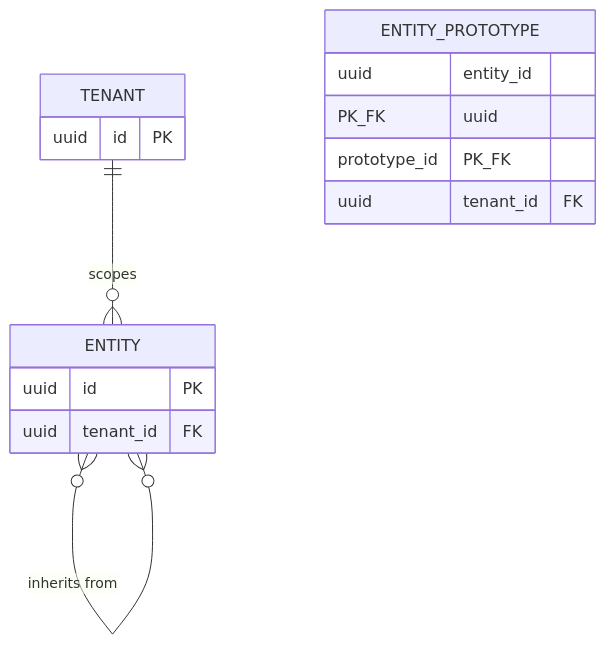
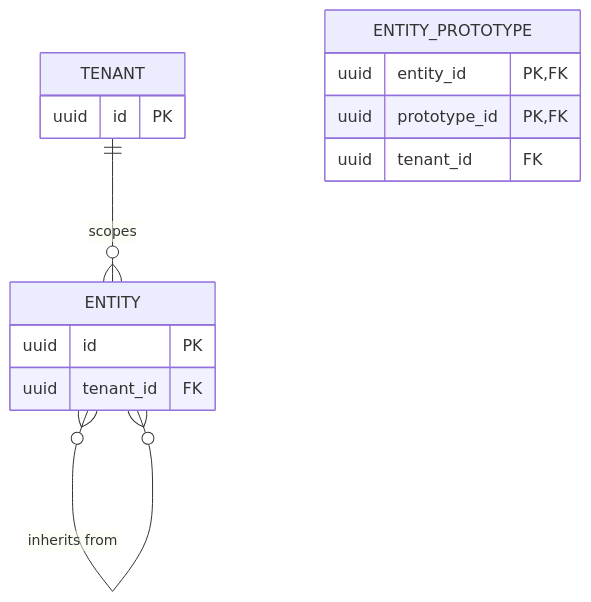
One commit to ramsesoriginal/lorenzo changed the diagram in docs/architecture/diagrams/entity-prototype-er.md. Above: the diagram before and after it, drawn with Mermaid. The commit also changed 9 other files, not shown here.

````diff
--- a/docs/architecture/diagrams/entity-prototype-er.md
+++ b/docs/architecture/diagrams/entity-prototype-er.md
@@ -3,18 +3,18 @@
 ```mermaid
 erDiagram
     TENANT ||--o{ ENTITY : scopes
     ENTITY }o--o{ ENTITY : "inherits from"
 
     TENANT {
         uuid id PK
     }
     ENTITY {
         uuid id PK
         uuid tenant_id FK
     }
     ENTITY_PROTOTYPE {
-        uuid entity_id PK_FK
-        uuid prototype_id PK_FK
+        uuid entity_id PK,FK
+        uuid prototype_id PK,FK
         uuid tenant_id FK
     }
 ```
````
